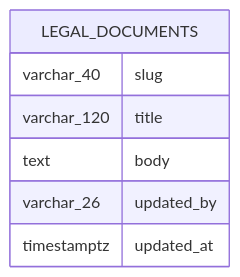
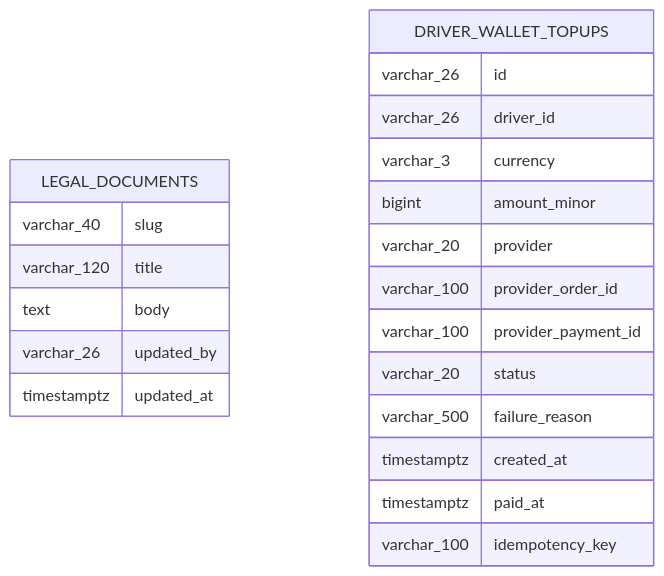
The ninth of 9 diagrams in docs/09-Project-ERD.md (kumarprince06/ridex-platform), drawn with Mermaid before and after one commit. The commit also changed other lines of this file and 2 other files, not shown here.

Commit message:
docs: regenerate the contract and ERD for the wallet and cancellation quote

````diff
--- a/docs/09-Project-ERD.md
+++ b/docs/09-Project-ERD.md
@@ -700,10 +700,24 @@
 ```mermaid
 erDiagram
     LEGAL_DOCUMENTS {
       varchar_40 slug
       varchar_120 title
       text body
       varchar_26 updated_by
       timestamptz updated_at
     }
+    DRIVER_WALLET_TOPUPS {
+      varchar_26 id
+      varchar_26 driver_id
+      varchar_3 currency
+      bigint amount_minor
+      varchar_20 provider
+      varchar_100 provider_order_id
+      varchar_100 provider_payment_id
+      varchar_20 status
+      varchar_500 failure_reason
+      timestamptz created_at
+      timestamptz paid_at
+      varchar_100 idempotency_key
+    }
 ```
````
